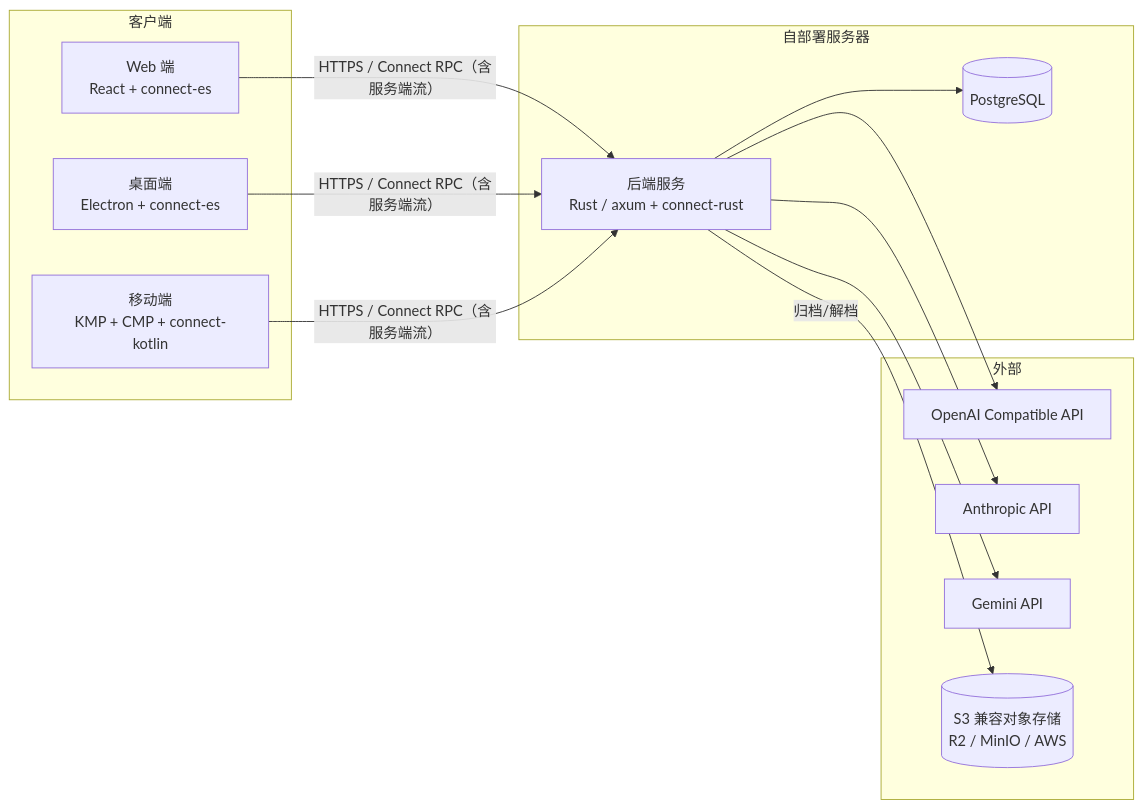
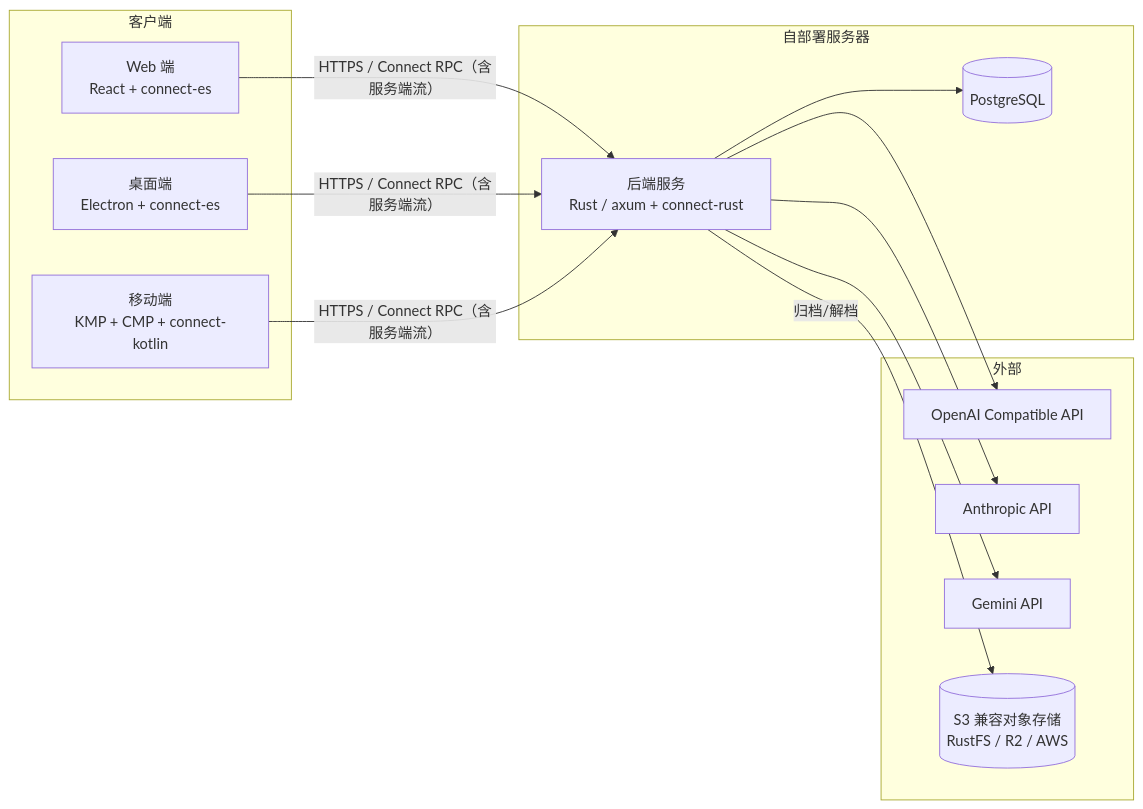
Before and after one commit to LemmaHQ/lemma: the diagram in docs/architecture/v0-tech-design.md, drawn with Mermaid. The commit also changed other lines of this file and 1 other file, not shown here.

````diff
--- a/docs/architecture/v0-tech-design.md
+++ b/docs/architecture/v0-tech-design.md
@@ -10,22 +10,22 @@
 ```mermaid
 graph LR
     subgraph 客户端
         W[Web 端<br>React + connect-es]
         D[桌面端<br>Electron + connect-es]
         M[移动端<br>KMP + CMP + connect-kotlin]
     end
     subgraph 自部署服务器
         S[后端服务<br>Rust / axum + connect-rust]
         DB[(PostgreSQL)]
     end
     subgraph 外部
         P1[OpenAI Compatible API]
         P2[Anthropic API]
         P3[Gemini API]
-        S3[(S3 兼容对象存储<br>R2 / MinIO / AWS)]
+        S3[(S3 兼容对象存储<br>RustFS / R2 / AWS)]
     end
     W & D & M -- HTTPS / Connect RPC（含服务端流） --> S
     S --> DB
     S --> P1 & P2 & P3
     S -- 归档/解档 --> S3
 ```
````
